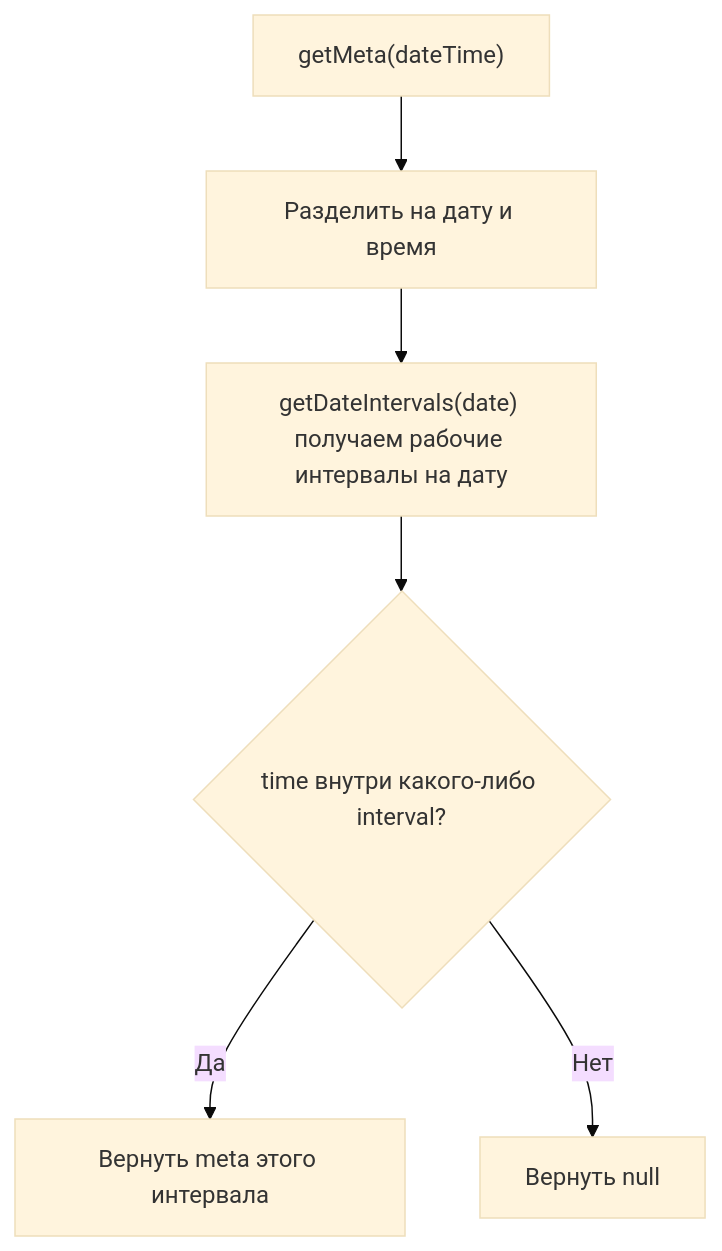
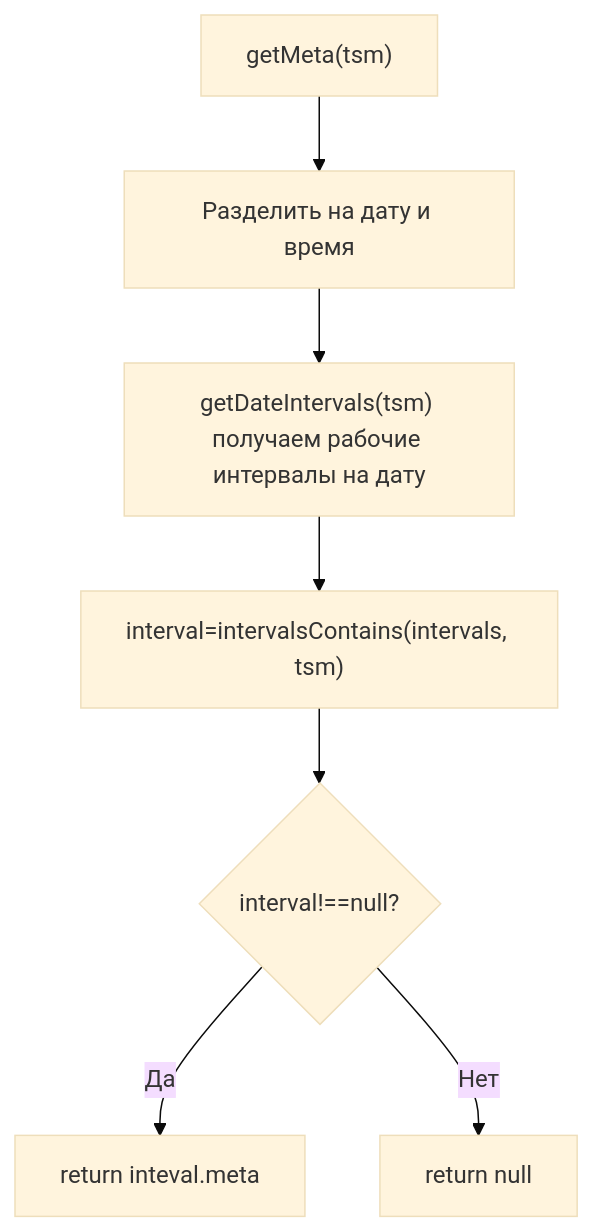
One commit to spo0okie/arms_inventory changed the seventh of 14 diagrams in modules/schedules/plans/compile.md. Above: the diagram before and after it, drawn with Mermaid (base theme). The commit also changed other lines of this file, not shown here.

````diff
--- a/modules/schedules/plans/compile.md
+++ b/modules/schedules/plans/compile.md
@@ -247,8 +277,9 @@
 ```mermaid
 flowchart TD
-    A["getMeta(dateTime)"] --> B[Разделить на дату и время]
-    B --> C["getDateIntervals(date) получаем рабочие интервалы на дату"]
-    C --> S{time внутри какого-либо interval?}
-    S -->|Да| T[Вернуть meta этого интервала]
-    S -->|Нет| R[Вернуть null]
+    A["getMeta(tsm)"] --> B[Разделить на дату и время]
+    B --> C["getDateIntervals(tsm) получаем рабочие интервалы на дату"]
+    C --> D["interval=intervalsContains(intervals, tsm)"]
+    D --> S{"interval!==null?"}
+    S -->|Да| T[return inteval.meta]
+    S -->|Нет| R[return null]
 ```
````
